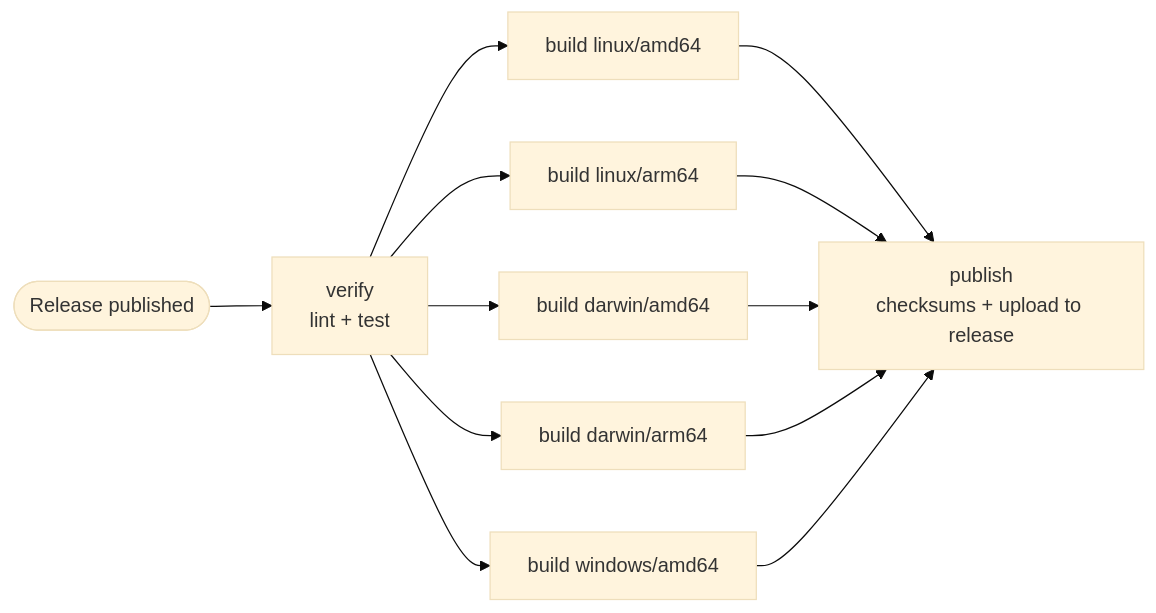
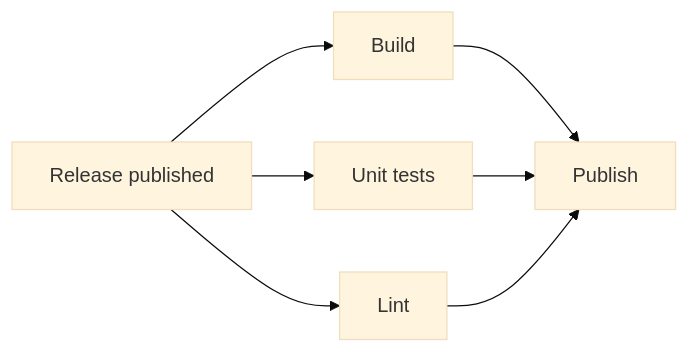
One commit to rr-saberov/ratelimiter changed the second of 2 diagrams in README.md. Above: the diagram before and after it, drawn with Mermaid (base theme). The commit also changed other lines of this file and 4 other files, not shown here.

Commit message:
Build a Docker image in CI and publish it to GHCR on release

````diff
--- a/README.md
+++ b/README.md
@@ -119,10 +69,9 @@
 ```mermaid
 flowchart LR
-    R([Release published]) --> V[verify<br/>lint + test]
-    V --> B1[build linux/amd64]
-    V --> B2[build linux/arm64]
-    V --> B3[build darwin/amd64]
-    V --> B4[build darwin/arm64]
-    V --> B5[build windows/amd64]
-    B1 & B2 & B3 & B4 & B5 --> P[publish<br/>checksums + upload to release]
+    R[Release published] --> B[Build]
+    R --> T[Unit tests]
+    R --> L[Lint]
+    B --> P[Publish]
+    T --> P
+    L --> P
 ```
````
